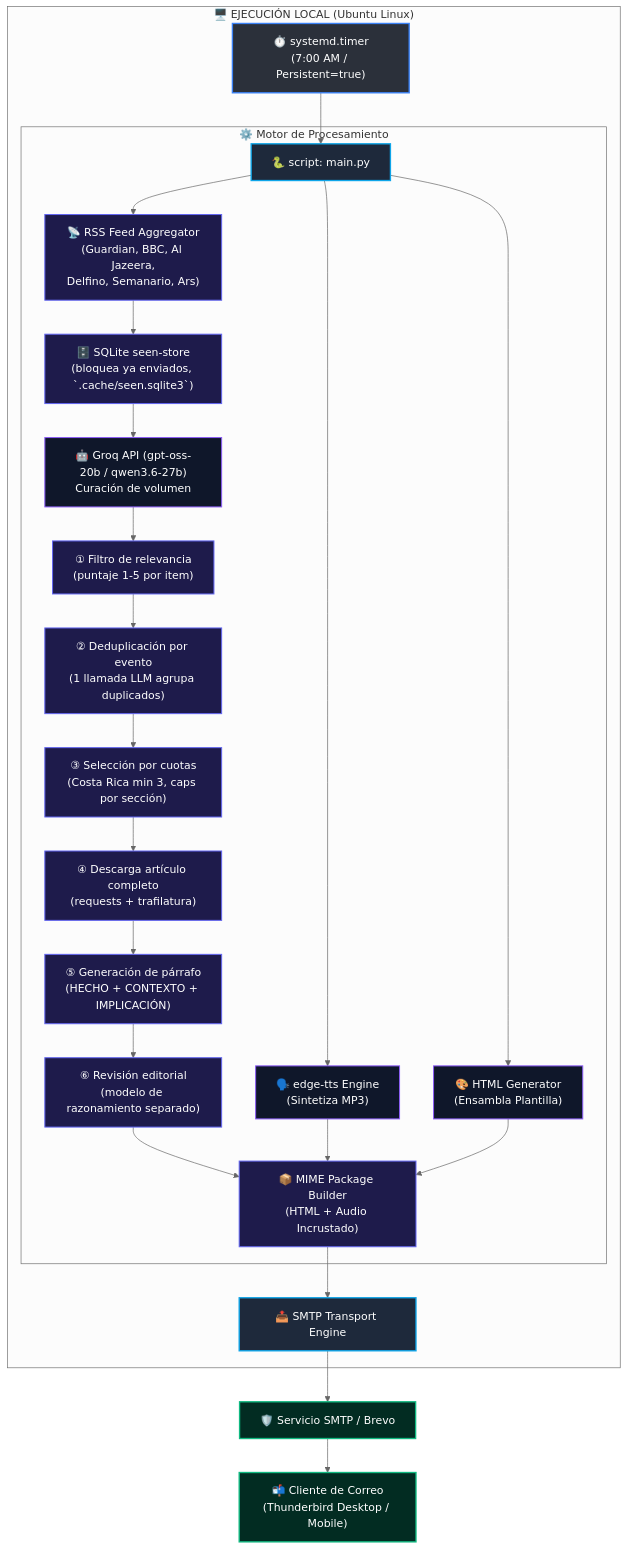
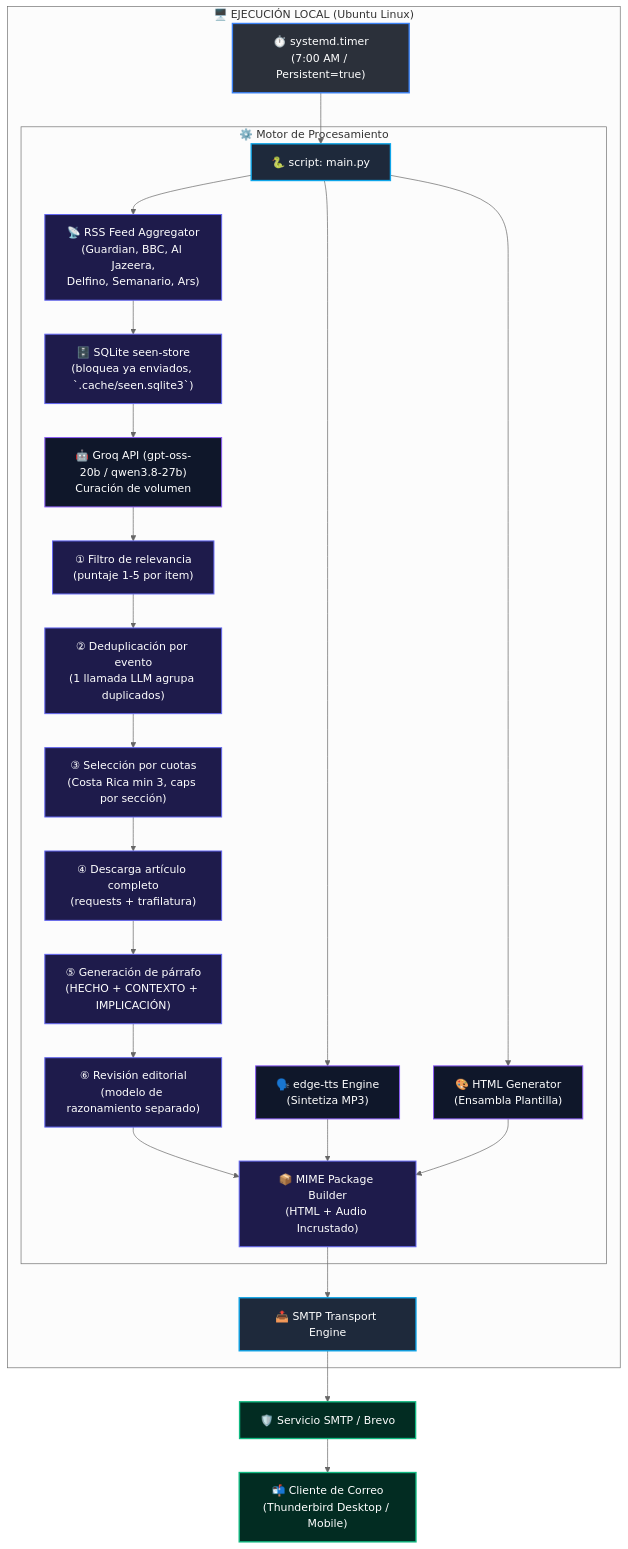
Before and after one commit to rodneyara-live/digest13: the diagram in BLUEPRINT.md, drawn with Mermaid (neutral theme). The commit also changed other lines of this file and 6 other files, not shown here.

````diff
--- a/BLUEPRINT.md
+++ b/BLUEPRINT.md
@@ -11,36 +11,36 @@
 ```mermaid
 flowchart TD
     %% Estilos de Nodos
     classDef systemd fill:#2b303a,stroke:#3b82f6,stroke-width:2px,color:#fff
     classDef script fill:#1e293b,stroke:#0ea5e9,stroke-width:2px,color:#fff
     classDef api fill:#0f172a,stroke:#8b5cf6,stroke-width:1.5px,color:#fff
     classDef process fill:#1e1b4b,stroke:#6366f1,stroke-width:1.5px,color:#fff
     classDef client fill:#022c22,stroke:#10b981,stroke-width:2px,color:#fff
 
     subgraph OS ["🖥️ EJECUCIÓN LOCAL (Ubuntu Linux)"]
         A["⏱️ systemd.timer<br/>(7:00 AM / Persistent=true)"]:::systemd --> B["🐍 script: main.py"]:::script
 
         subgraph Pipeline ["⚙️ Motor de Procesamiento"]
             B --> C["📡 RSS Feed Aggregator<br/>(Guardian, BBC, Al Jazeera,<br/>Delfino, Semanario, Ars)"]:::process
             C --> C1["🗄️ SQLite seen-store<br/>(bloquea ya enviados, `.cache/seen.sqlite3`)"]:::process
-            C1 --> D["🤖 Groq API (gpt-oss-20b / qwen3.6-27b)<br/>Curación de volumen"]:::api
+            C1 --> D["🤖 Groq API (gpt-oss-20b / qwen3.8-27b)<br/>Curación de volumen"]:::api
             D --> D1["① Filtro de relevancia<br/>(puntaje 1-5 por item)"]:::process
             D1 --> D1a["② Deduplicación por evento<br/>(1 llamada LLM agrupa duplicados)"]:::process
             D1a --> D2["③ Selección por cuotas<br/>(Costa Rica min 3, caps por sección)"]:::process
             D2 --> D3["④ Descarga artículo completo<br/>(requests + trafilatura)"]:::process
             D3 --> D4["⑤ Generación de párrafo<br/>(HECHO + CONTEXTO + IMPLICACIÓN)"]:::process
             D4 --> D5["⑥ Revisión editorial<br/>(modelo de razonamiento separado)"]:::process
             B --> E["🗣️ edge-tts Engine<br/>(Sintetiza MP3)"]:::api
             B --> F["🎨 HTML Generator<br/>(Ensambla Plantilla)"]:::api
 
             D5 --> G["📦 MIME Package Builder<br/>(HTML + Audio Incrustado)"]:::process
             E --> G
             F --> G
         end
 
         G --> H["📤 SMTP Transport Engine"]:::script
     end
 
     H --> I["🛡️ Servicio SMTP / Brevo"]:::client
     I --> J["📬 Cliente de Correo<br/>(Thunderbird Desktop / Mobile)"]:::client
 ```
````
